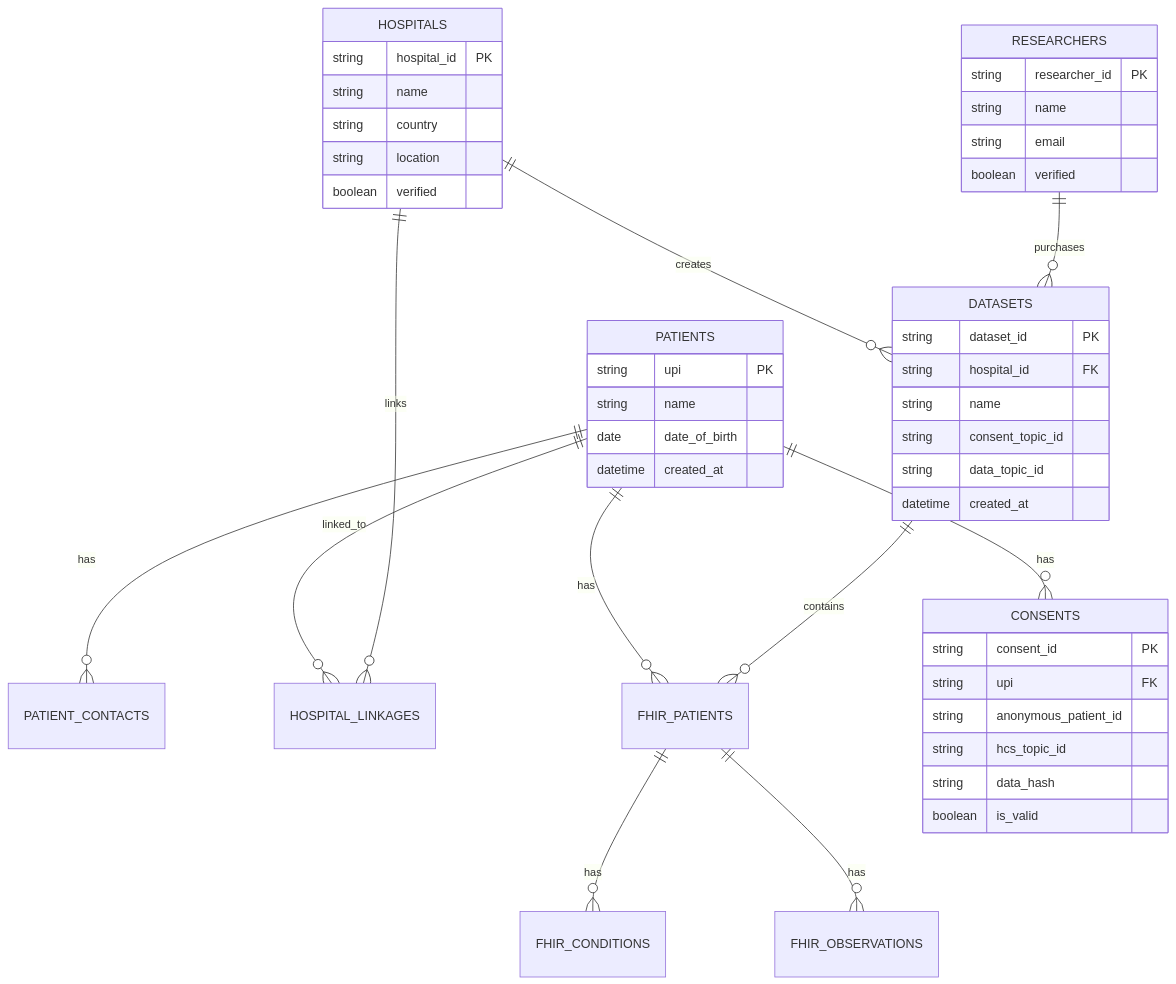
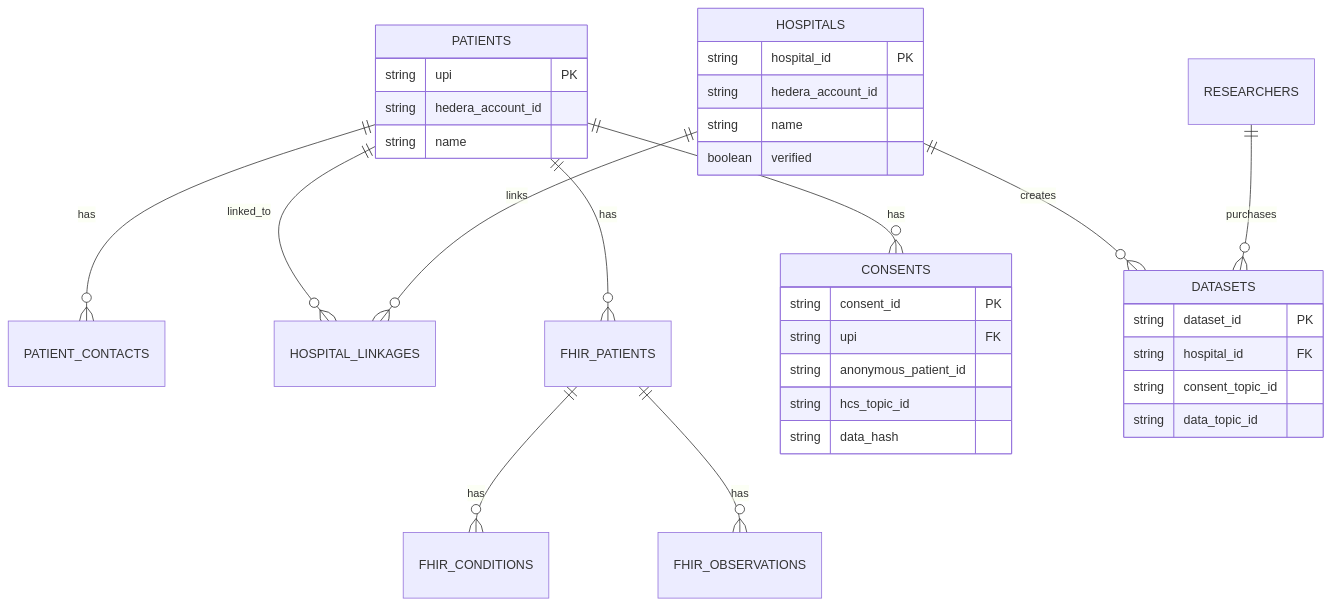
Before and after one commit to najuna-brian/medipact: the eighth of 9 diagrams in README.md, drawn with Mermaid. The commit also changed other lines of this file, not shown here.

Commit message:
docs: Add prominent Hedera integration section and streamline README

````diff
--- a/README.md
+++ b/README.md
@@ -531,57 +392,37 @@
 ```mermaid
 erDiagram
     PATIENTS ||--o{ PATIENT_CONTACTS : has
     PATIENTS ||--o{ HOSPITAL_LINKAGES : linked_to
     PATIENTS ||--o{ FHIR_PATIENTS : has
     PATIENTS ||--o{ CONSENTS : has
-    
     HOSPITALS ||--o{ HOSPITAL_LINKAGES : links
     HOSPITALS ||--o{ DATASETS : creates
-    
     RESEARCHERS ||--o{ DATASETS : purchases
-    
     FHIR_PATIENTS ||--o{ FHIR_CONDITIONS : has
     FHIR_PATIENTS ||--o{ FHIR_OBSERVATIONS : has
     
-    DATASETS ||--o{ FHIR_PATIENTS : contains
-    
     PATIENTS {
         string upi PK
+        string hedera_account_id
         string name
-        date date_of_birth
-        datetime created_at
     }
-    
     HOSPITALS {
         string hospital_id PK
+        string hedera_account_id
         string name
-        string country
-        string location
         boolean verified
     }
-    
-    RESEARCHERS {
-        string researcher_id PK
-        string name
-        string email
-        boolean verified
-    }
-    
     CONSENTS {
         string consent_id PK
         string upi FK
         string anonymous_patient_id
         string hcs_topic_id
         string data_hash
-        boolean is_valid
     }
-    
     DATASETS {
         string dataset_id PK
         string hospital_id FK
-        string name
         string consent_topic_id
         string data_topic_id
-        datetime created_at
     }
 ```
````
